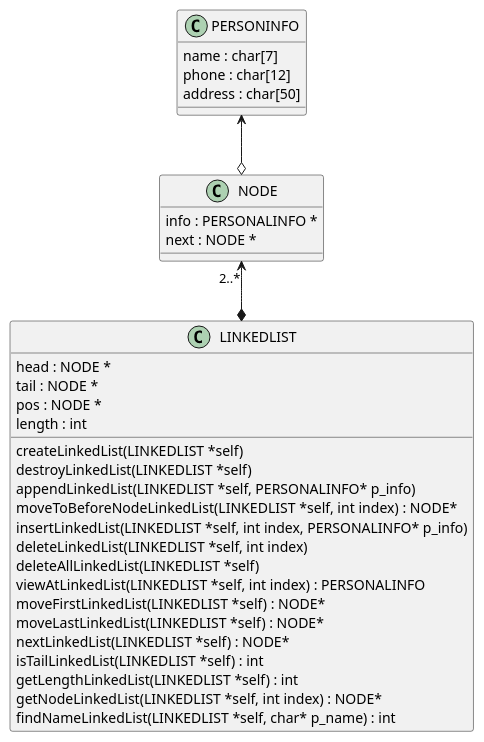
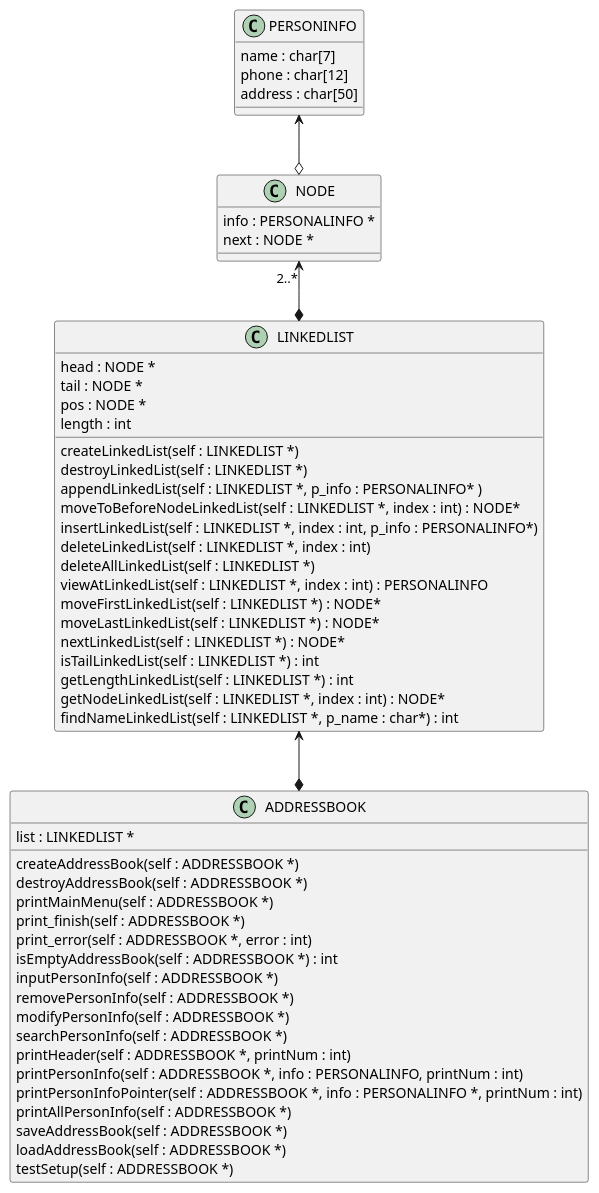
The diagram in adt_programming/docs/linkedlist_classdiag.puml (digiry/study), drawn with PlantUML before and after one commit. The commit also changed 10 other files, not shown here.

```diff
--- a/adt_programming/docs/linkedlist_classdiag.puml
+++ b/adt_programming/docs/linkedlist_classdiag.puml
@@ -1,39 +1,61 @@
 @startuml
 
 class PERSONINFO {
 name : char[7]
 phone : char[12]
 address : char[50]
 }
 
 class NODE {
 info : PERSONALINFO *
 next : NODE *
 }
 
 class LINKEDLIST {
 head : NODE *
 tail : NODE *
 pos : NODE *
 length : int
-createLinkedList(LINKEDLIST *self)
-destroyLinkedList(LINKEDLIST *self)
-appendLinkedList(LINKEDLIST *self, PERSONALINFO* p_info)
-moveToBeforeNodeLinkedList(LINKEDLIST *self, int index) : NODE*
-insertLinkedList(LINKEDLIST *self, int index, PERSONALINFO* p_info)
-deleteLinkedList(LINKEDLIST *self, int index)
-deleteAllLinkedList(LINKEDLIST *self)
-viewAtLinkedList(LINKEDLIST *self, int index) : PERSONALINFO
-moveFirstLinkedList(LINKEDLIST *self) : NODE*
-moveLastLinkedList(LINKEDLIST *self) : NODE*
-nextLinkedList(LINKEDLIST *self) : NODE*
-isTailLinkedList(LINKEDLIST *self) : int
-getLengthLinkedList(LINKEDLIST *self) : int
-getNodeLinkedList(LINKEDLIST *self, int index) : NODE*
-findNameLinkedList(LINKEDLIST *self, char* p_name) : int
+createLinkedList(self : LINKEDLIST *)
+destroyLinkedList(self : LINKEDLIST *)
+appendLinkedList(self : LINKEDLIST *, p_info : PERSONALINFO* )
+moveToBeforeNodeLinkedList(self : LINKEDLIST *, index : int) : NODE*
+insertLinkedList(self : LINKEDLIST *, index : int, p_info : PERSONALINFO*)
+deleteLinkedList(self : LINKEDLIST *, index : int)
+deleteAllLinkedList(self : LINKEDLIST *)
+viewAtLinkedList(self : LINKEDLIST *, index : int) : PERSONALINFO
+moveFirstLinkedList(self : LINKEDLIST *) : NODE*
+moveLastLinkedList(self : LINKEDLIST *) : NODE*
+nextLinkedList(self : LINKEDLIST *) : NODE*
+isTailLinkedList(self : LINKEDLIST *) : int
+getLengthLinkedList(self : LINKEDLIST *) : int
+getNodeLinkedList(self : LINKEDLIST *, index : int) : NODE*
+findNameLinkedList(self : LINKEDLIST *, p_name : char*) : int
+}
+
+class ADDRESSBOOK {
+list : LINKEDLIST *
+createAddressBook(self : ADDRESSBOOK *)
+destroyAddressBook(self : ADDRESSBOOK *)
+printMainMenu(self : ADDRESSBOOK *)
+print_finish(self : ADDRESSBOOK *)
+print_error(self : ADDRESSBOOK *, error : int)
+isEmptyAddressBook(self : ADDRESSBOOK *) : int
+inputPersonInfo(self : ADDRESSBOOK *)
+removePersonInfo(self : ADDRESSBOOK *)
+modifyPersonInfo(self : ADDRESSBOOK *)
+searchPersonInfo(self : ADDRESSBOOK *)
+printHeader(self : ADDRESSBOOK *, printNum : int)
+printPersonInfo(self : ADDRESSBOOK *, info : PERSONALINFO, printNum : int)
+printPersonInfoPointer(self : ADDRESSBOOK *, info : PERSONALINFO *, printNum : int)
+printAllPersonInfo(self : ADDRESSBOOK *)
+saveAddressBook(self : ADDRESSBOOK *)
+loadAddressBook(self : ADDRESSBOOK *)
+testSetup(self : ADDRESSBOOK *)
 }
 
 PERSONINFO <--o NODE
 NODE "2..*" <--* LINKEDLIST
+LINKEDLIST <--* ADDRESSBOOK
 
 @enduml
```
